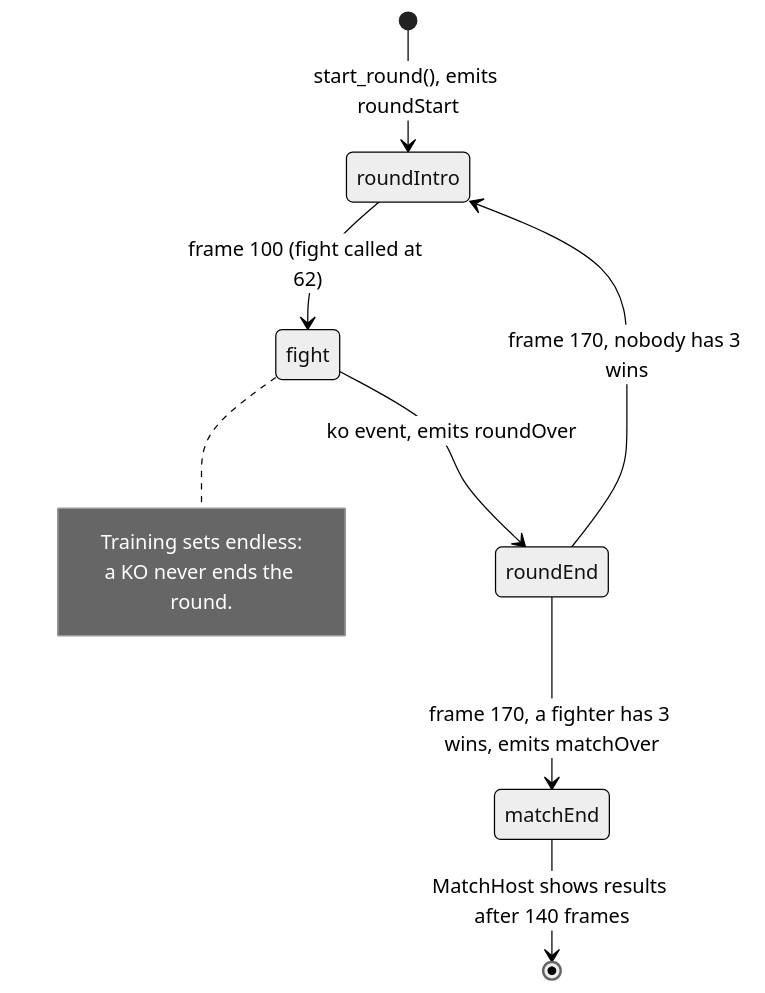
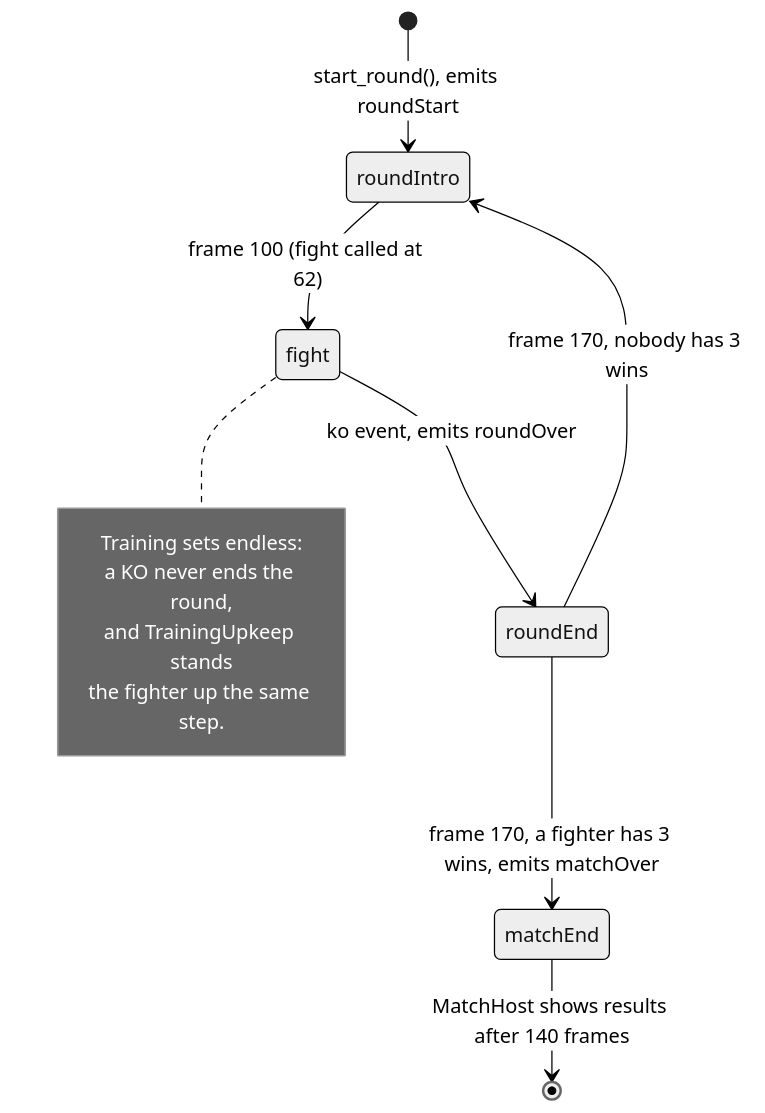
One commit to Amwagner45/monomachia changed the tenth of 22 diagrams in docs/architecture.md. Above: the diagram before and after it, drawn with Mermaid (neutral theme). The commit also changed other lines of this file and 11 other files, not shown here.

First line of the commit message:
Add Training's upkeep to the rules: get up, refill, re-arm (23.1)

````diff
--- a/docs/architecture.md
+++ b/docs/architecture.md
@@ -555,13 +556,15 @@
 ```mermaid
 stateDiagram-v2
     [*] --> roundIntro : start_round(), emits roundStart
     roundIntro --> fight : frame 100 (fight called at 62)
     fight --> roundEnd : ko event, emits roundOver
     roundEnd --> roundIntro : frame 170, nobody has 3 wins
     roundEnd --> matchEnd : frame 170, a fighter has 3 wins, emits matchOver
     matchEnd --> [*] : MatchHost shows results after 140 frames
     note right of fight
         Training sets endless:
-        a KO never ends the round.
+        a KO never ends the round,
+        and TrainingUpkeep stands
+        the fighter up the same step.
     end note
 ```
````
